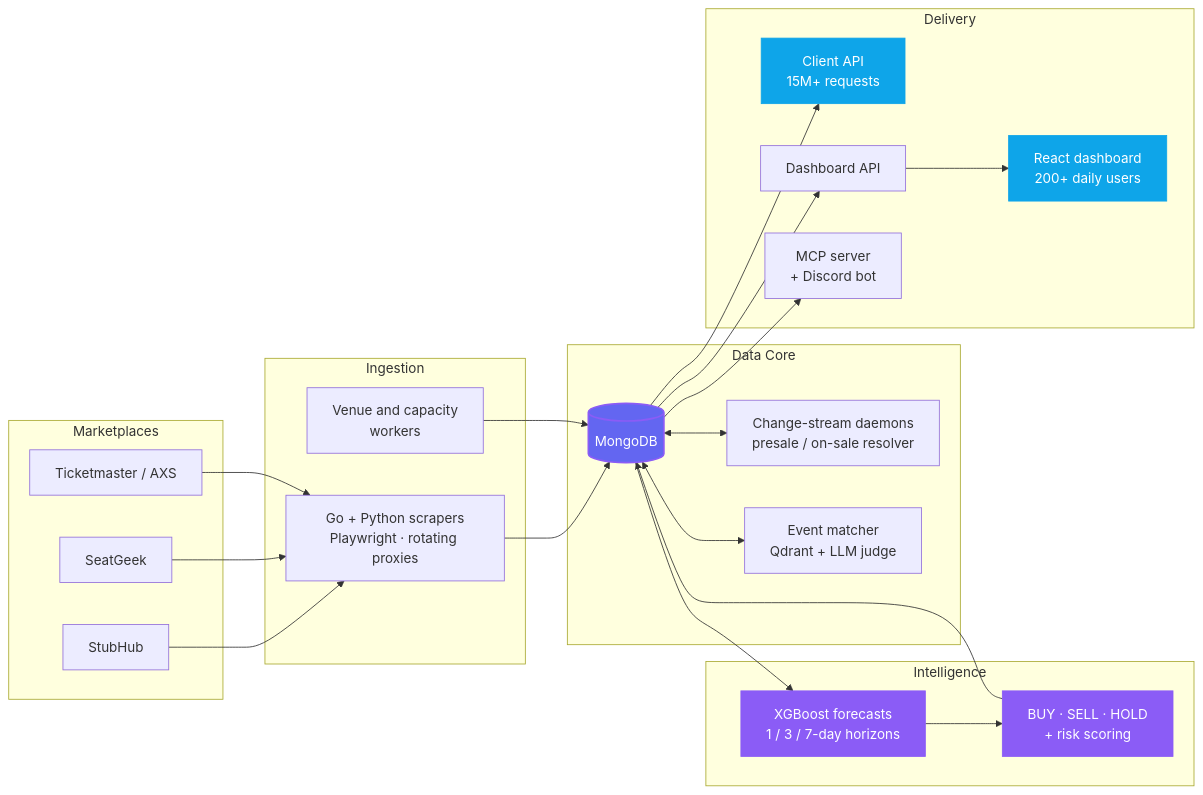
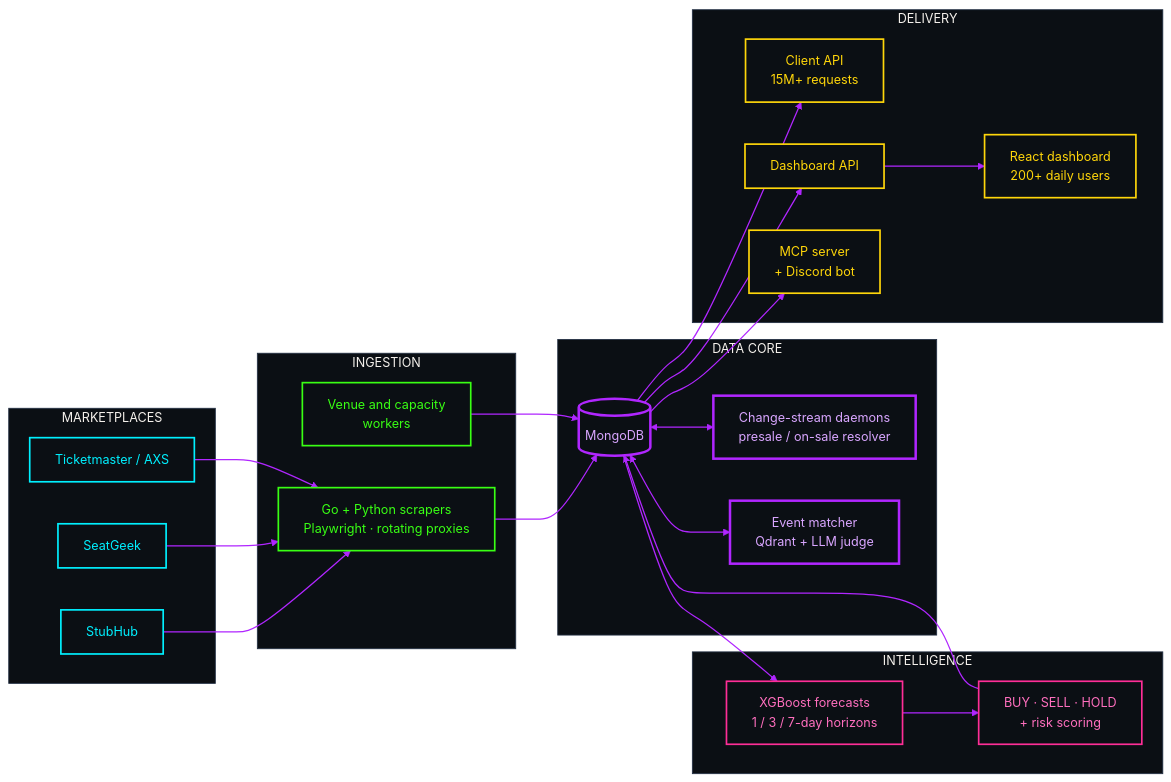
Before and after one commit to aryansingh3/aryansingh3: the first of 2 diagrams in README.md, drawn with Mermaid. The commit also changed other lines of this file and 1 other file, not shown here.

````diff
--- a/README.md
+++ b/README.md
@@ -86,48 +86,63 @@
 ```mermaid
+%%{init: {'theme':'base','themeVariables':{
+  'background':'transparent',
+  'primaryColor':'#0B0F14','primaryTextColor':'#E6EDF3','primaryBorderColor':'#00F0FF',
+  'lineColor':'#B026FF','tertiaryColor':'#0B0F14',
+  'clusterBkg':'#0B0F14','clusterBorder':'#233044',
+  'edgeLabelBackground':'#0B0F14','fontSize':'15px'
+}}}%%
 flowchart LR
-    subgraph SRC[" Marketplaces "]
+    subgraph SRC["MARKETPLACES"]
         A1[StubHub]
         A2[SeatGeek]
         A3[Ticketmaster / AXS]
     end
 
-    subgraph ING[" Ingestion "]
+    subgraph ING["INGESTION"]
         B1["Go + Python scrapers<br/>Playwright · rotating proxies"]
         B2["Venue and capacity<br/>workers"]
     end
 
-    subgraph CORE[" Data Core "]
-        C1[(MongoDB)]
+    subgraph CORE["DATA CORE"]
+        C1[("MongoDB")]
         C2["Change-stream daemons<br/>presale / on-sale resolver"]
         C3["Event matcher<br/>Qdrant + LLM judge"]
     end
 
-    subgraph ML[" Intelligence "]
+    subgraph ML["INTELLIGENCE"]
         D1["XGBoost forecasts<br/>1 / 3 / 7-day horizons"]
         D2["BUY · SELL · HOLD<br/>+ risk scoring"]
     end
 
-    subgraph OUT[" Delivery "]
+    subgraph OUT["DELIVERY"]
         E1["Client API<br/>15M+ requests"]
         E2["Dashboard API"]
         E3["React dashboard<br/>200+ daily users"]
         E4["MCP server<br/>+ Discord bot"]
     end
 
     A1 & A2 & A3 --> B1
     B1 --> C1
     B2 --> C1
     C1 <--> C2
     C1 <--> C3
     C1 --> D1 --> D2
     D2 --> C1
     C1 --> E1
     C1 --> E2 --> E3
     C1 --> E4
 
-    style C1 fill:#6366F1,stroke:#8B5CF6,stroke-width:2px,color:#fff
-    style E1 fill:#0EA5E9,stroke:#0EA5E9,color:#fff
-    style E3 fill:#0EA5E9,stroke:#0EA5E9,color:#fff
-    style D1 fill:#8B5CF6,stroke:#8B5CF6,color:#fff
-    style D2 fill:#8B5CF6,stroke:#8B5CF6,color:#fff
+    classDef src  fill:#0B0F14,stroke:#00F0FF,stroke-width:2px,color:#00F0FF
+    classDef ing  fill:#0B0F14,stroke:#39FF14,stroke-width:2px,color:#39FF14
+    classDef core fill:#0B0F14,stroke:#B026FF,stroke-width:3px,color:#D9A6FF
+    classDef ml   fill:#0B0F14,stroke:#FF2E97,stroke-width:2px,color:#FF6FBE
+    classDef out  fill:#0B0F14,stroke:#FFD60A,stroke-width:2px,color:#FFD60A
+
+    class A1,A2,A3 src
+    class B1,B2 ing
+    class C1,C2,C3 core
+    class D1,D2 ml
+    class E1,E2,E3,E4 out
+
+    linkStyle default stroke:#B026FF,stroke-width:1.5px
 ```
````
